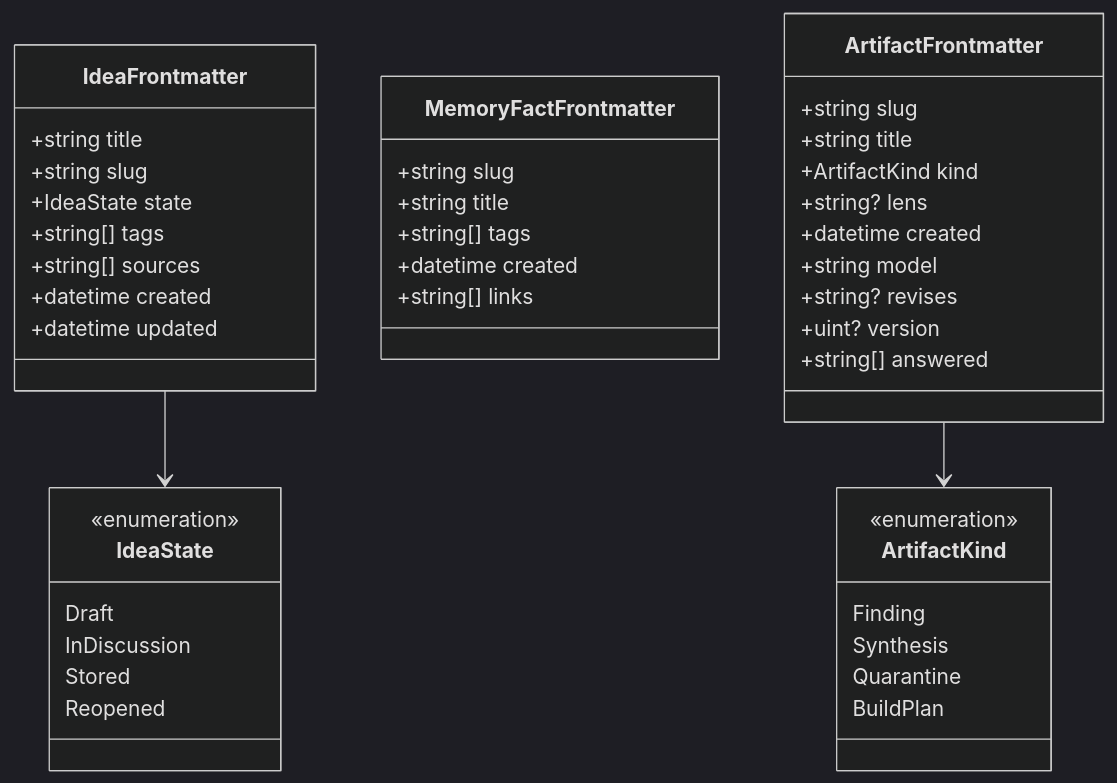
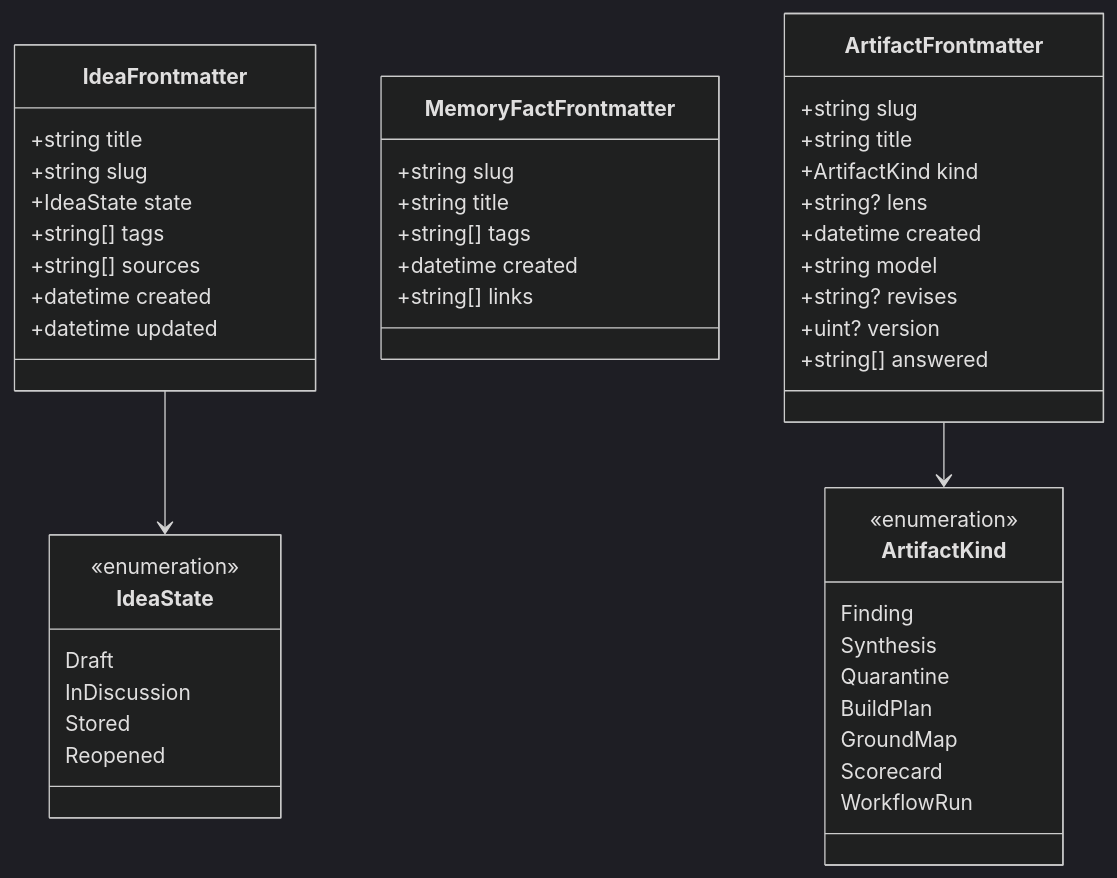
One commit to jasdian/idea-vault changed the second of 5 diagrams in docs/03-data-model.md. Above: the diagram before and after it, drawn with Mermaid (dark theme). The commit also changed other lines of this file and 25 other files, not shown here.

````diff
--- a/docs/03-data-model.md
+++ b/docs/03-data-model.md
@@ -190,46 +200,49 @@
 ```mermaid
 classDiagram
     class IdeaFrontmatter {
         +string title
         +string slug
         +IdeaState state
         +string[] tags
         +string[] sources
         +datetime created
         +datetime updated
     }
     class IdeaState {
         <<enumeration>>
         Draft
         InDiscussion
         Stored
         Reopened
     }
     class MemoryFactFrontmatter {
         +string slug
         +string title
         +string[] tags
         +datetime created
         +string[] links
     }
     class ArtifactFrontmatter {
         +string slug
         +string title
         +ArtifactKind kind
         +string? lens
         +datetime created
         +string model
         +string? revises
         +uint? version
         +string[] answered
     }
     class ArtifactKind {
         <<enumeration>>
         Finding
         Synthesis
         Quarantine
         BuildPlan
+        GroundMap
+        Scorecard
+        WorkflowRun
     }
     IdeaFrontmatter --> IdeaState
     ArtifactFrontmatter --> ArtifactKind
 ```
````
